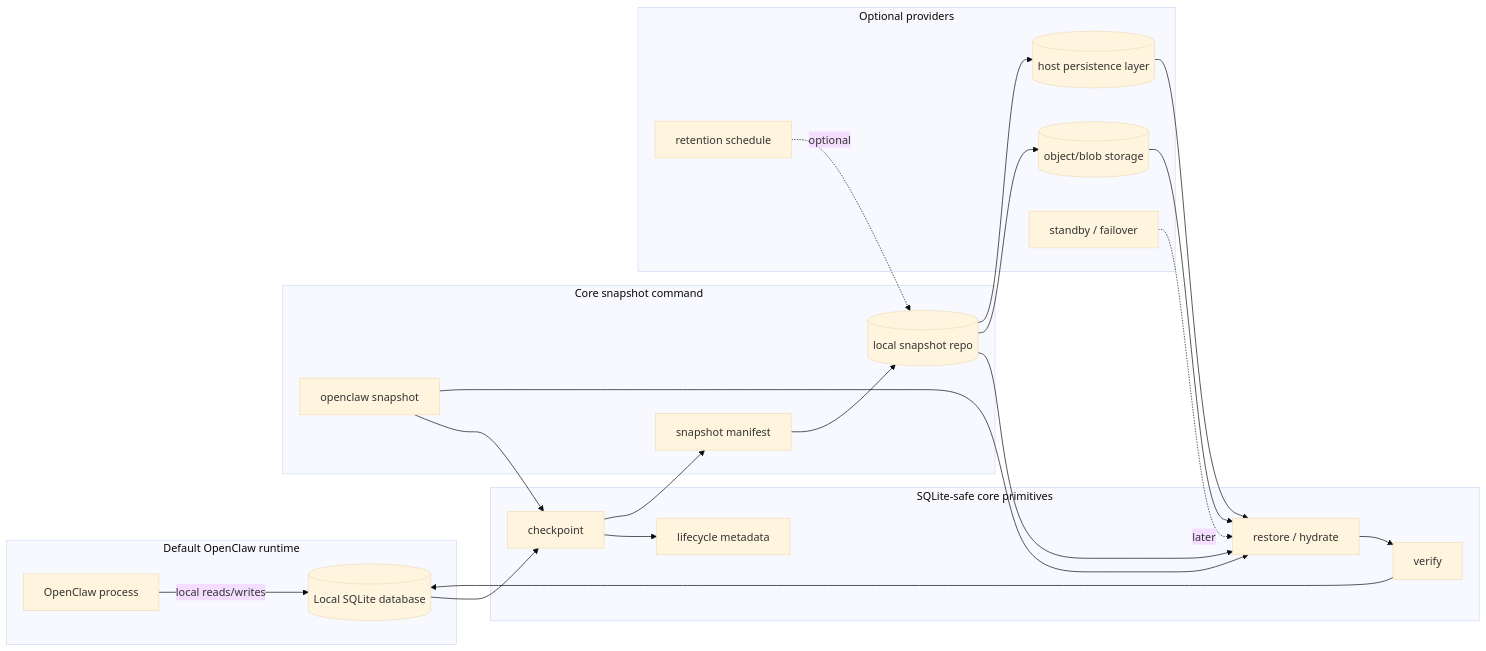
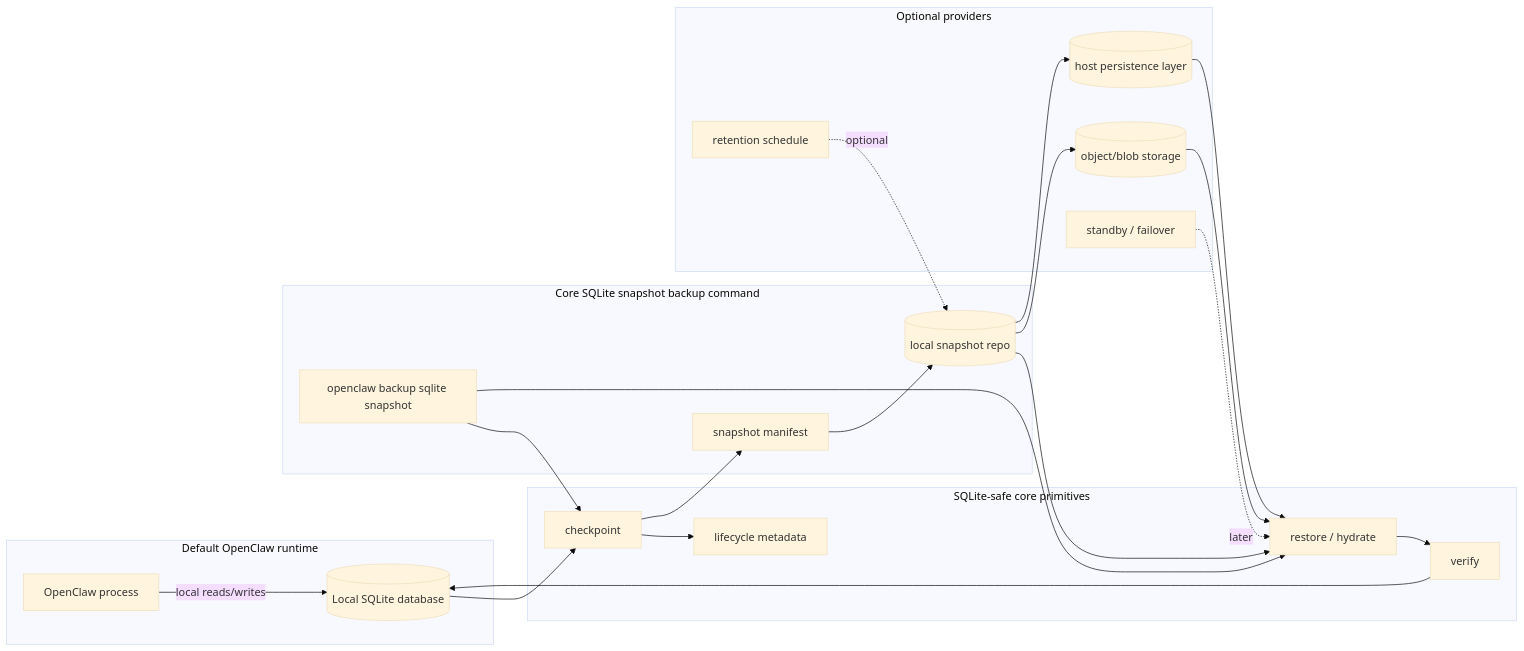
The diagram in rfcs/0013-cloud-serializable-sqlite-state.md (openclaw/rfcs), drawn with Mermaid (base theme) before and after one commit. The commit also changed other lines of this file, not shown here.

Commit message:
Frame snapshots as SQLite backup artifacts

````diff
--- a/rfcs/0013-cloud-serializable-sqlite-state.md
+++ b/rfcs/0013-cloud-serializable-sqlite-state.md
@@ -183,44 +174,44 @@
 ```mermaid
 flowchart LR
   subgraph Runtime[Default OpenClaw runtime]
     App[OpenClaw process]
     DB[(Local SQLite database)]
     App -->|local reads/writes| DB
   end
 
   subgraph Core[SQLite-safe core primitives]
     Checkpoint[checkpoint]
     Verify[verify]
     Restore[restore / hydrate]
     Metadata[lifecycle metadata]
   end
 
-  subgraph Command[Core snapshot command]
-    Cmd[openclaw snapshot]
+  subgraph Command[Core SQLite snapshot backup command]
+    Cmd[openclaw backup sqlite snapshot]
     Manifest[snapshot manifest]
     LocalRepo[(local snapshot repo)]
   end
 
   subgraph Providers[Optional providers]
     Object[(object/blob storage)]
     Host[(host persistence layer)]
     Retention[retention schedule]
     Failover[standby / failover]
   end
 
   DB --> Checkpoint
   Checkpoint --> Metadata
   Checkpoint --> Manifest
   Cmd --> Checkpoint
   Cmd --> Restore
   Manifest --> LocalRepo
   LocalRepo --> Restore
   LocalRepo --> Object
   LocalRepo --> Host
   Object --> Restore
   Host --> Restore
   Restore --> Verify
   Verify --> DB
   Retention -. optional .-> LocalRepo
   Failover -. later .-> Restore
 ```
````
